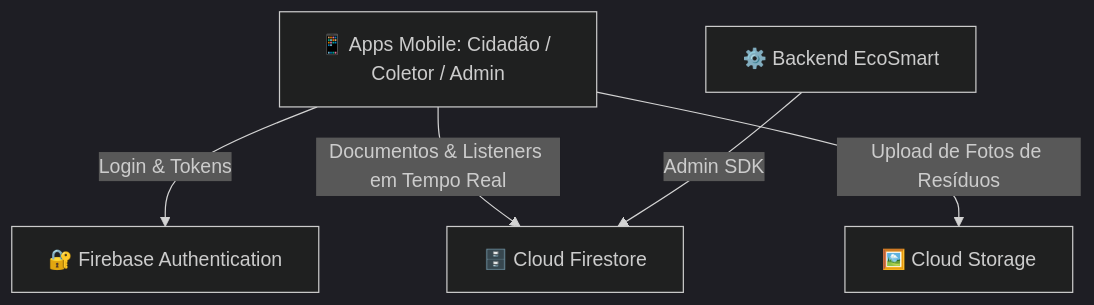
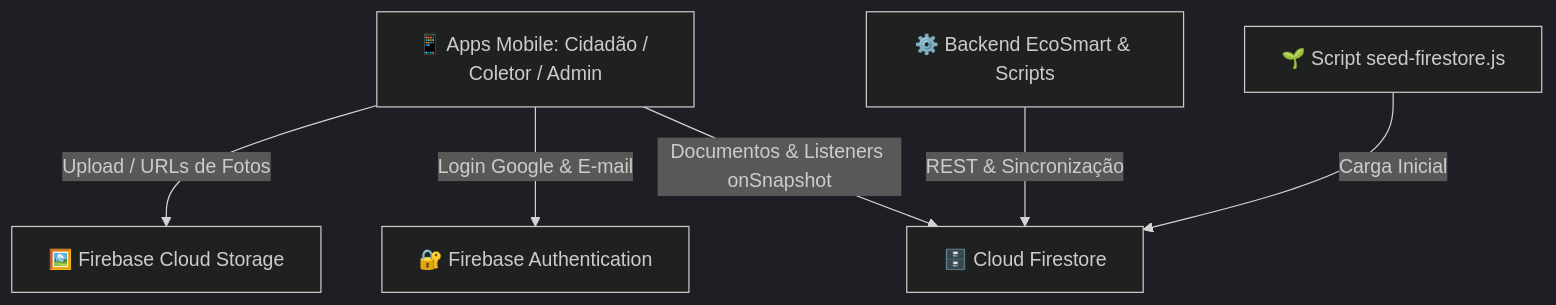
One commit to guhfelix/Ecosmart_DMM---Mobile changed the diagram in docs/firebase-setup.md. Above: the diagram before and after it, drawn with Mermaid (dark theme). The commit also changed other lines of this file and 35 other files, not shown here.

````diff
--- a/docs/firebase-setup.md
+++ b/docs/firebase-setup.md
@@ -9,7 +9,8 @@
 ```mermaid
 graph TD
-    A[📱 Apps Mobile: Cidadão / Coletor / Admin] -->|Login & Tokens| B[🔐 Firebase Authentication]
-    A -->|Documentos & Listeners em Tempo Real| C[🗄️ Cloud Firestore]
-    A -->|Upload de Fotos de Resíduos| D[🖼️ Cloud Storage]
-    E[⚙️ Backend EcoSmart] -->|Admin SDK| C
+    A[📱 Apps Mobile: Cidadão / Coletor / Admin] -->|Login Google & E-mail| B[🔐 Firebase Authentication]
+    A -->|Documentos & Listeners onSnapshot| C[🗄️ Cloud Firestore]
+    A -->|Upload / URLs de Fotos| D[🖼️ Firebase Cloud Storage]
+    E[⚙️ Backend EcoSmart & Scripts] -->|REST & Sincronização| C
+    F[🌱 Script seed-firestore.js] -->|Carga Inicial| C
 ```
````
